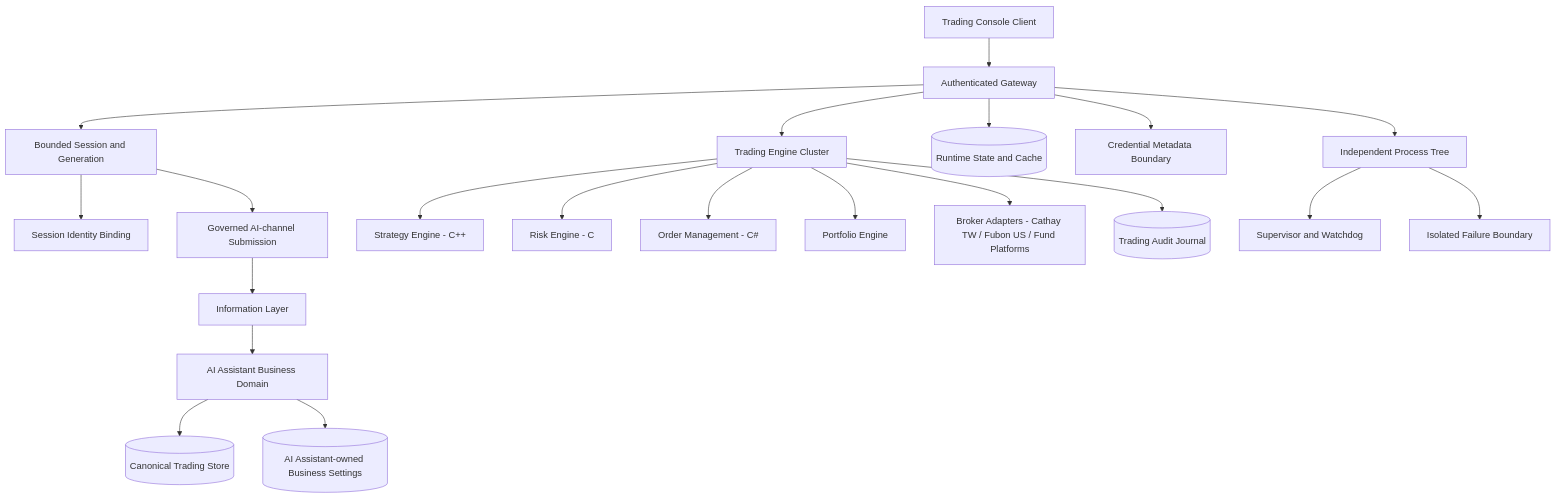
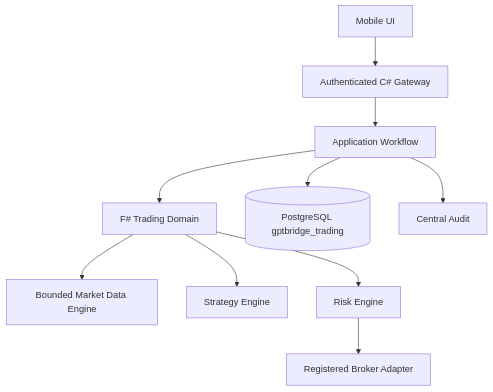
Before and after one commit to guilty442-source/GPTBridge: the diagram in governance_rule/codex/architecture-tool-investment-mobile.md, drawn with Mermaid. The commit also changed other lines of this file and 14 other files, not shown here.

Commit message:
codex sync 15:00:49Z: zh-TW mirror parts + architecture docs refreshed; formal rule evaluator codes renamed to canonical (_V1 suffix dropped; GO_RUST_NODE->GO_RUST_RUNTIME, JAX_PYTORCH->JAX_FRAMEWORK); release-dependencies pin

````diff
--- a/governance_rule/codex/architecture-tool-investment-mobile.md
+++ b/governance_rule/codex/architecture-tool-investment-mobile.md
@@ -3,23 +3,12 @@
 ```mermaid
 flowchart TB
-  CONSOLE[Trading Console Client] --> GATE[Authenticated Gateway]
-  GATE --> SESSION[Bounded Session and Generation]
-  SESSION --> IDENT[Session Identity Binding]
-  SESSION --> CHANNEL[Governed AI-channel Submission]
-  CHANNEL --> INFO[Information Layer]
-  INFO --> AI[AI Assistant Business Domain]
-  AI --> STORE[(Canonical Trading Store)]
-  GATE --> ENGINES[Trading Engine Cluster]
-  ENGINES --> STRAT[Strategy Engine - C++]
-  ENGINES --> RISK[Risk Engine - C]
-  ENGINES --> OMS[Order Management - C#]
-  ENGINES --> PORTFOLIO[Portfolio Engine]
-  ENGINES --> ADAPTERS[Broker Adapters - Cathay TW / Fubon US / Fund Platforms]
-  ENGINES --> AUDIT[(Trading Audit Journal)]
-  GATE --> STATE[(Runtime State and Cache)]
-  AI --> SETTINGS[(AI Assistant-owned Business Settings)]
-  GATE --> CRED[Credential Metadata Boundary]
-  GATE --> PROC[Independent Process Tree]
-  PROC --> SUP[Supervisor and Watchdog]
-  PROC --> FAULT[Isolated Failure Boundary]
+  MOBILE[Mobile UI] --> GATEWAY[Authenticated C# Gateway]
+  GATEWAY --> APP[Application Workflow]
+  APP --> DOMAIN[F# Trading Domain]
+  DOMAIN --> MARKET[Bounded Market Data Engine]
+  DOMAIN --> STRATEGY[Strategy Engine]
+  DOMAIN --> RISK[Risk Engine]
+  RISK --> BROKER[Registered Broker Adapter]
+  APP --> PG[(PostgreSQL gptbridge_trading)]
+  APP --> AUDIT[Central Audit]
 ```
````
